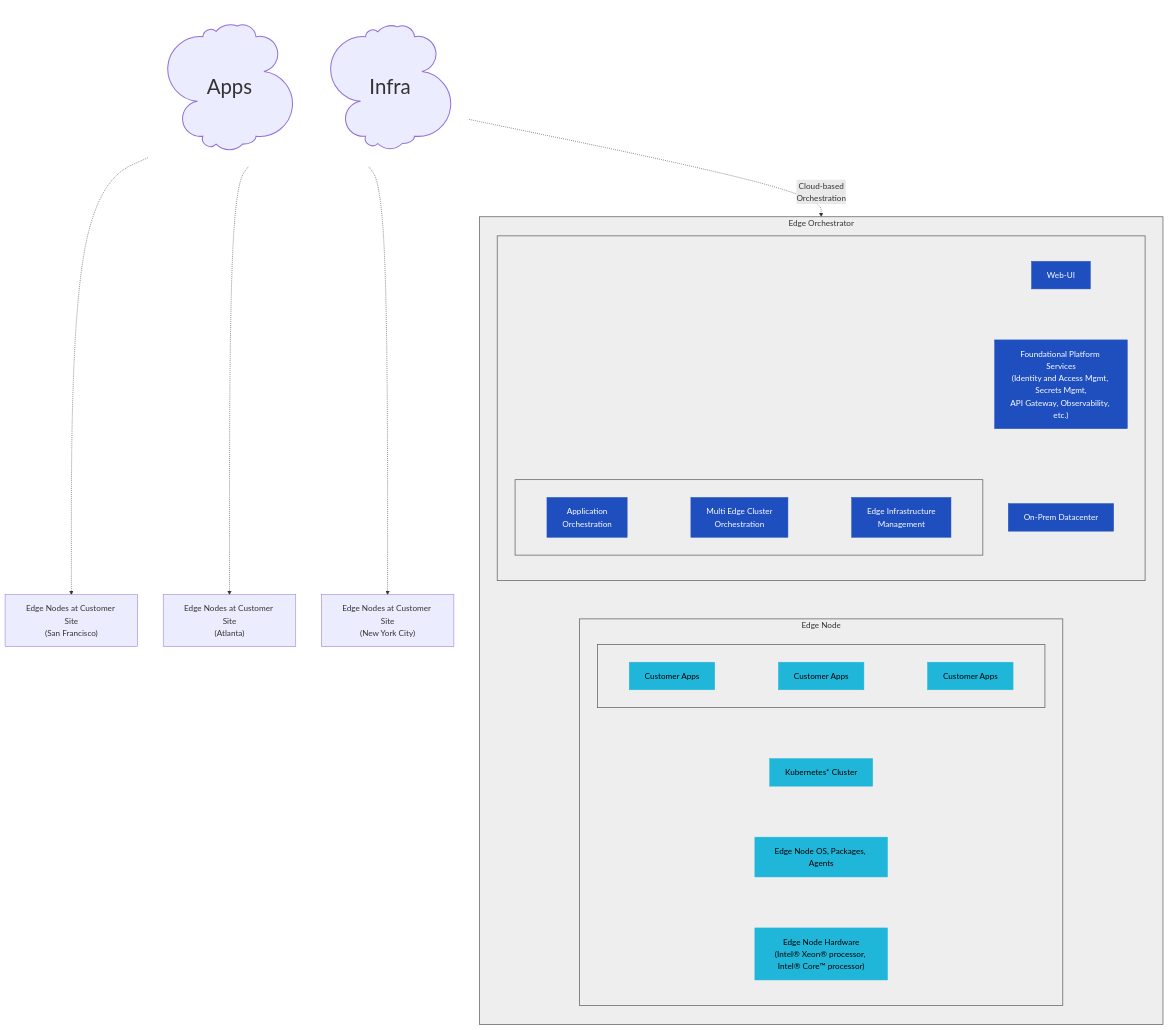
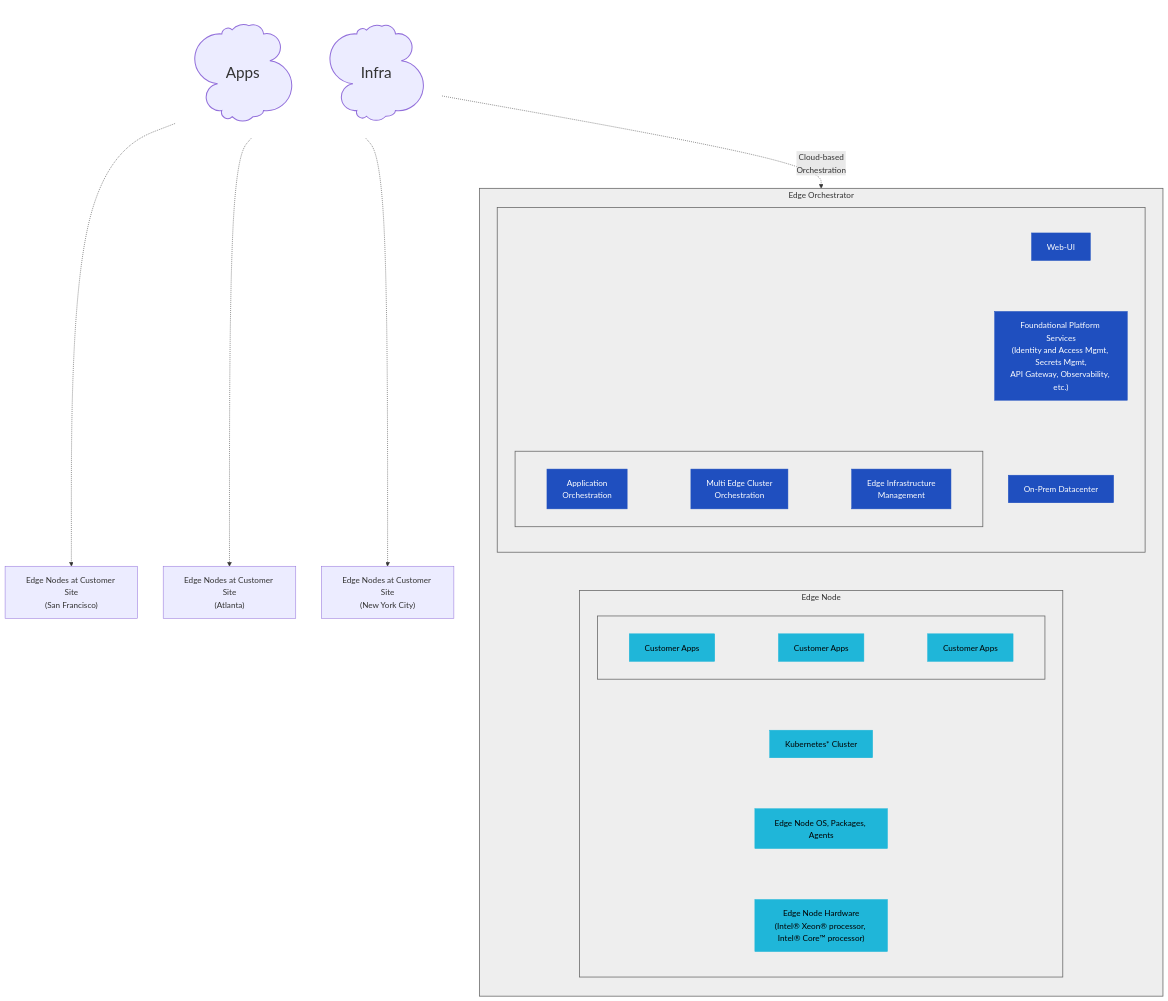
The diagram in README.md (open-edge-platform/edge-manageability-framework), drawn with Mermaid before and after one commit.

```diff
--- a/README.md
+++ b/README.md
@@ -107,7 +107,7 @@
     class Cloud transparent;
 
     %% Define the style for big nodes
-    classDef bigNode font-size:40px,stroke-width:2px,padding:10px;
+    classDef bigNode font-size:30px,stroke-width:2px,padding:10px;
     
     %% Apply the style
     class APPS,Infra bigNode;
```
